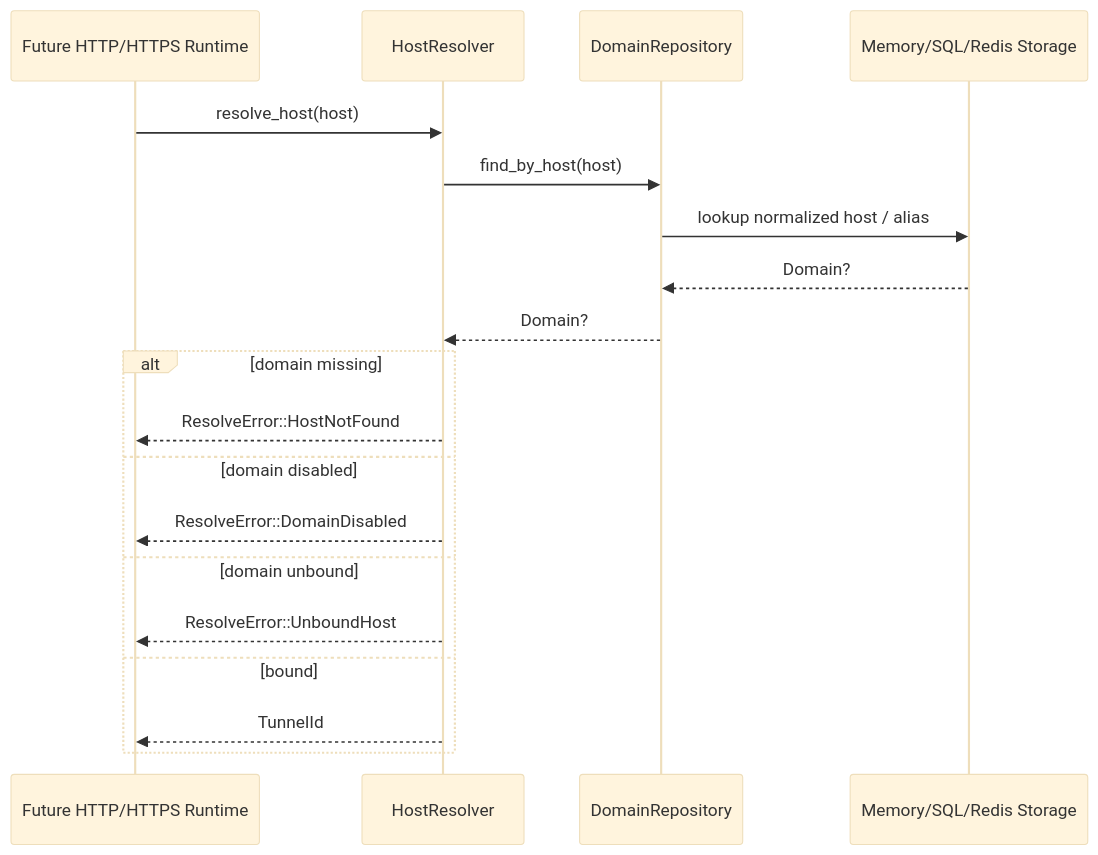
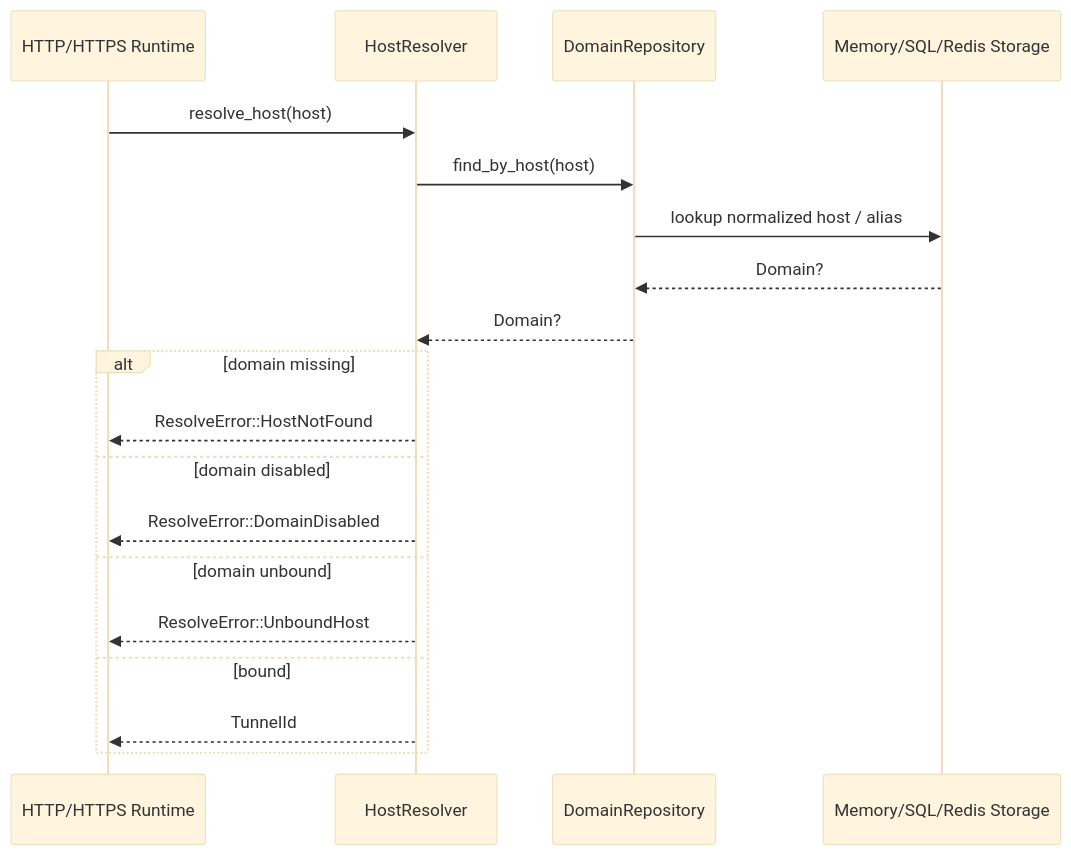
The diagram in server/domain/docs/host-resolve-flow.md (Somirk134/Gate), drawn with Mermaid (base theme) before and after one commit. The commit also changed 427 other files, not shown here.

````diff
--- a/server/domain/docs/host-resolve-flow.md
+++ b/server/domain/docs/host-resolve-flow.md
@@ -3,22 +3,22 @@
 ```mermaid
 sequenceDiagram
-    participant Runtime as Future HTTP/HTTPS Runtime
+    participant Runtime as HTTP/HTTPS Runtime
     participant Resolver as HostResolver
     participant Repository as DomainRepository
     participant Storage as Memory/SQL/Redis Storage
 
     Runtime->>Resolver: resolve_host(host)
     Resolver->>Repository: find_by_host(host)
     Repository->>Storage: lookup normalized host / alias
     Storage-->>Repository: Domain?
     Repository-->>Resolver: Domain?
     alt domain missing
         Resolver-->>Runtime: ResolveError::HostNotFound
     else domain disabled
         Resolver-->>Runtime: ResolveError::DomainDisabled
     else domain unbound
         Resolver-->>Runtime: ResolveError::UnboundHost
     else bound
         Resolver-->>Runtime: TunnelId
     end
 ```
````
